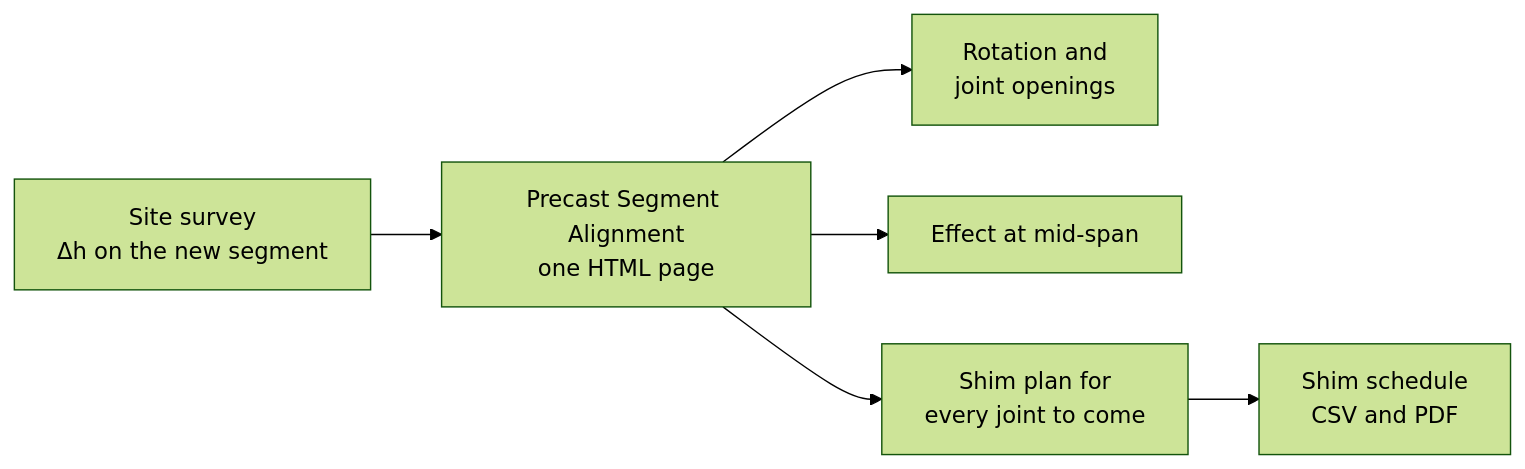
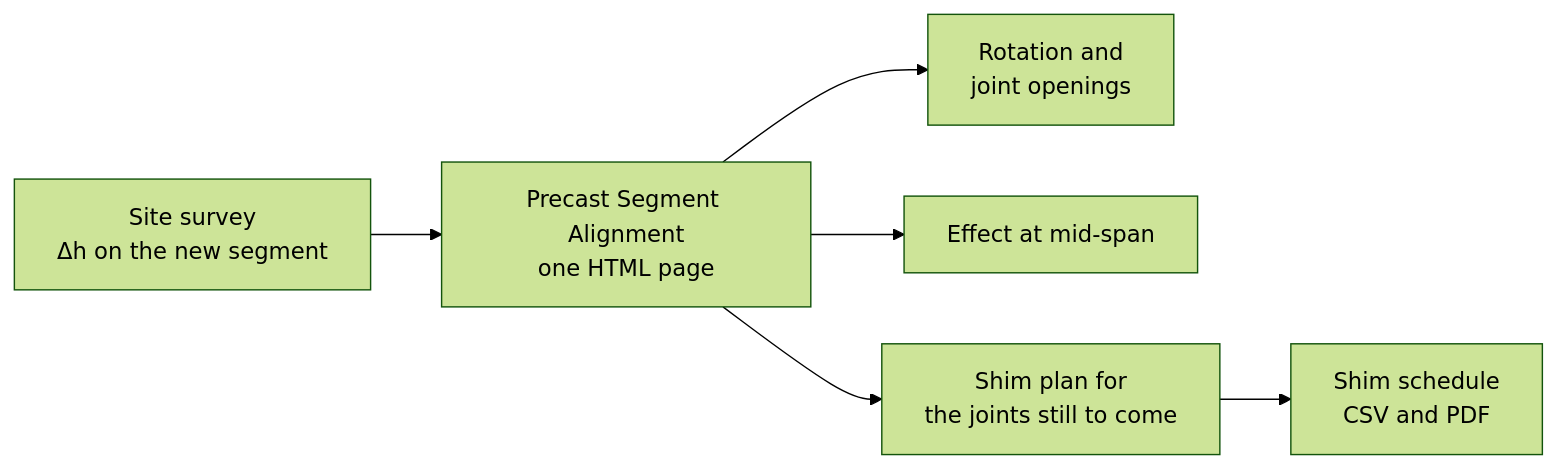
Before and after one commit to ThunderIW/Precast-Segment-Alignment-Showcase: the diagram in README.md, drawn with Mermaid (forest theme). The commit also changed other lines of this file, not shown here.

````diff
--- a/README.md
+++ b/README.md
@@ -66,8 +66,8 @@
 ```mermaid
 flowchart LR
     A[Site survey<br/>Δh on the new segment] --> B[Precast Segment Alignment<br/>one HTML page]
     B --> C[Rotation and<br/>joint openings]
     B --> D[Effect at mid-span]
-    B --> E[Shim plan for<br/>every joint to come]
+    B --> E[Shim plan for<br/>the joints still to come]
     E --> F[Shim schedule<br/>CSV and PDF]
 ```
````
